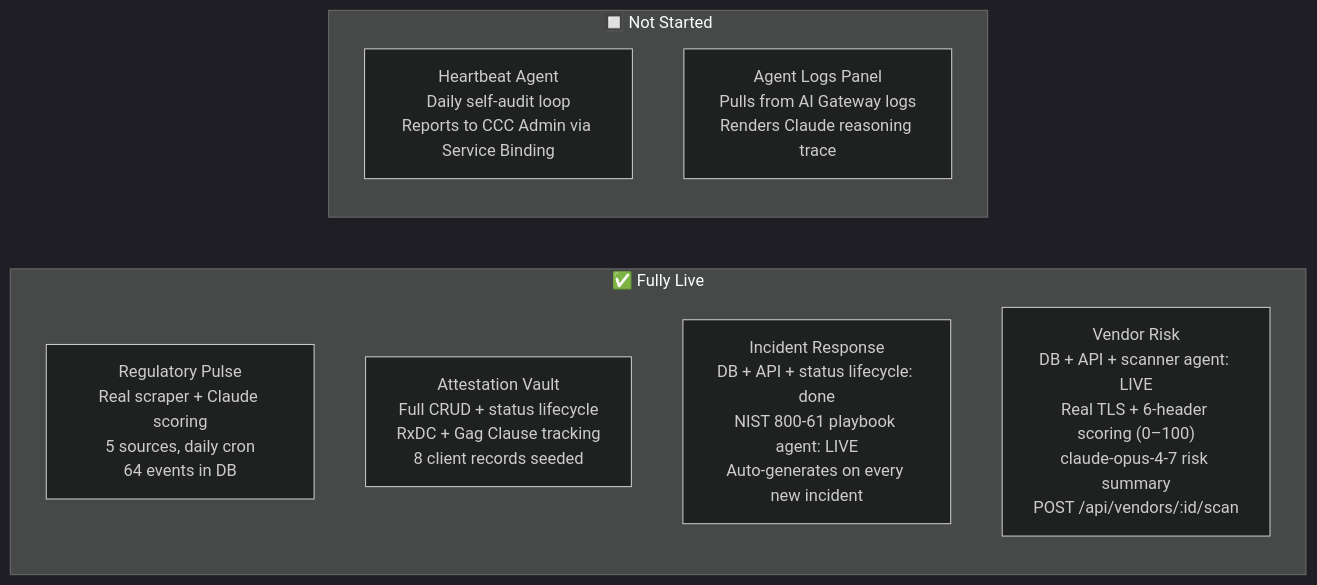
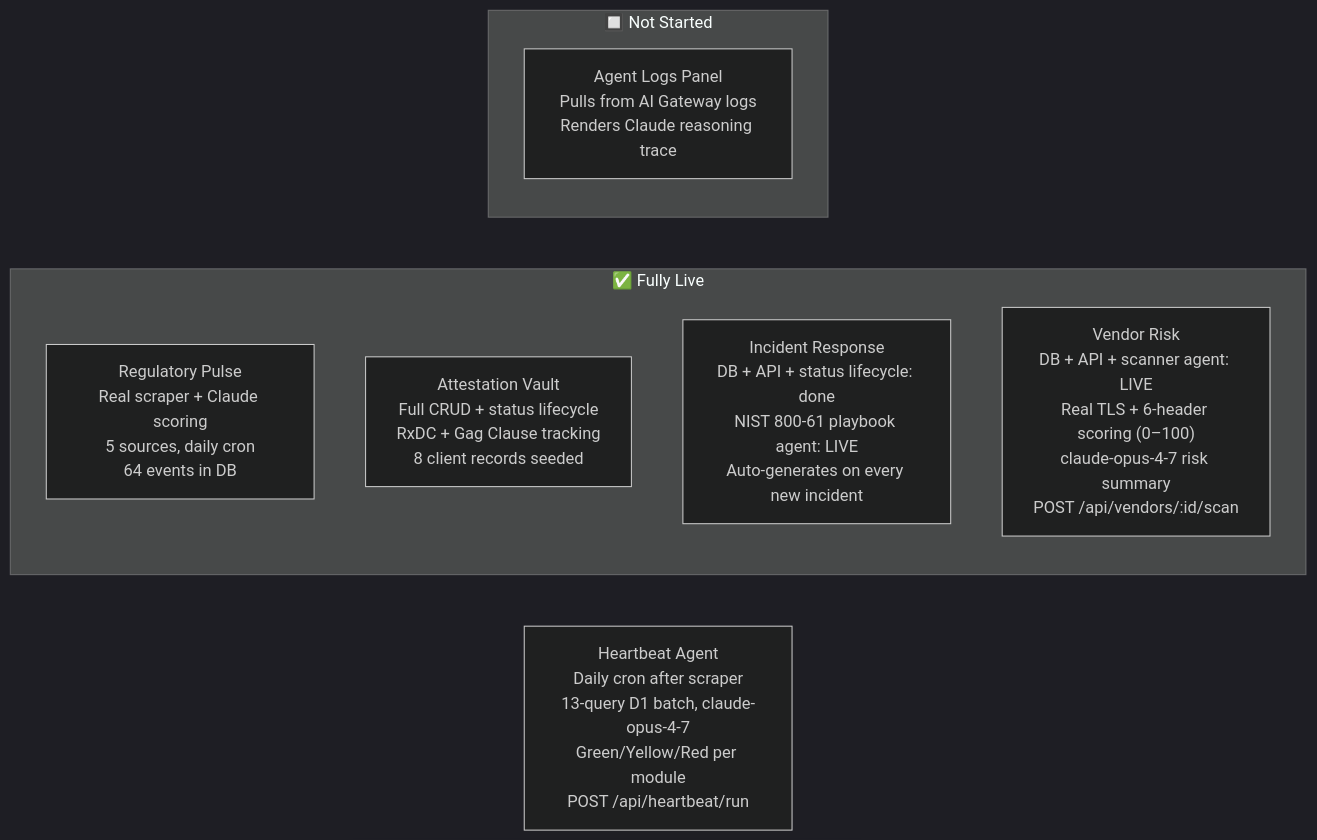
The diagram in ainotebook/008-build-state-and-roadmap.md (ross0nline/acis), drawn with Mermaid (dark theme) before and after one commit. The commit also changed other lines of this file and 2 other files, not shown here.

First line of the commit message:
docs(ainotebook): add ADR 012, update ADR 008 — heartbeat agent live

````diff
--- a/ainotebook/008-build-state-and-roadmap.md
+++ b/ainotebook/008-build-state-and-roadmap.md
@@ -10,14 +10,15 @@
 ```mermaid
 flowchart LR
     subgraph LIVE ["✅ Fully Live"]
         RP["Regulatory Pulse\nReal scraper + Claude scoring\n5 sources, daily cron\n64 events in DB"]
         AV["Attestation Vault\nFull CRUD + status lifecycle\nRxDC + Gag Clause tracking\n8 client records seeded"]
         IR["Incident Response\nDB + API + status lifecycle: done\nNIST 800-61 playbook agent: LIVE\nAuto-generates on every new incident"]
         VR["Vendor Risk\nDB + API + scanner agent: LIVE\nReal TLS + 6-header scoring (0–100)\nclaude-opus-4-7 risk summary\nPOST /api/vendors/:id/scan"]
     end
 
+        HB["Heartbeat Agent\nDaily cron after scraper\n13-query D1 batch, claude-opus-4-7\nGreen/Yellow/Red per module\nPOST /api/heartbeat/run"]
+
     subgraph BLOCKED ["🔲 Not Started"]
-        HB["Heartbeat Agent\nDaily self-audit loop\nReports to CCC Admin via Service Binding"]
         EL["Agent Logs Panel\nPulls from AI Gateway logs\nRenders Claude reasoning trace"]
     end
 ```
````
